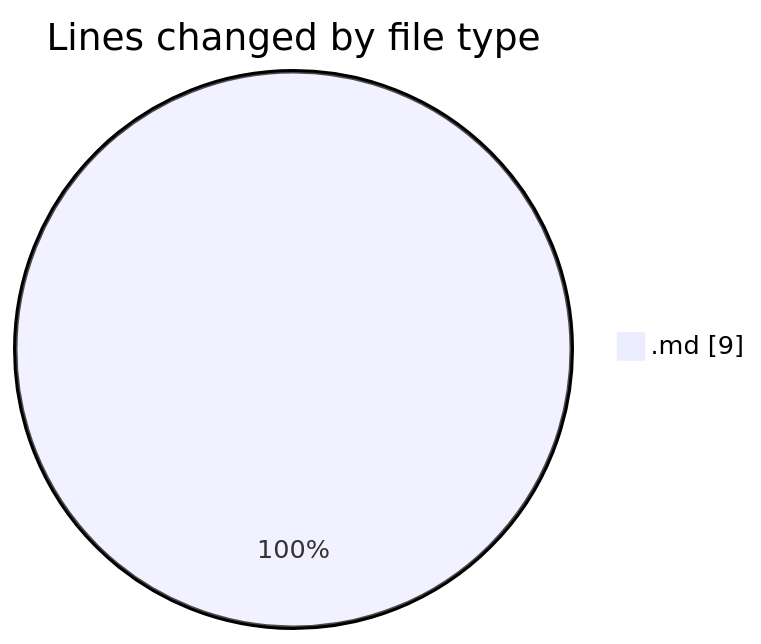
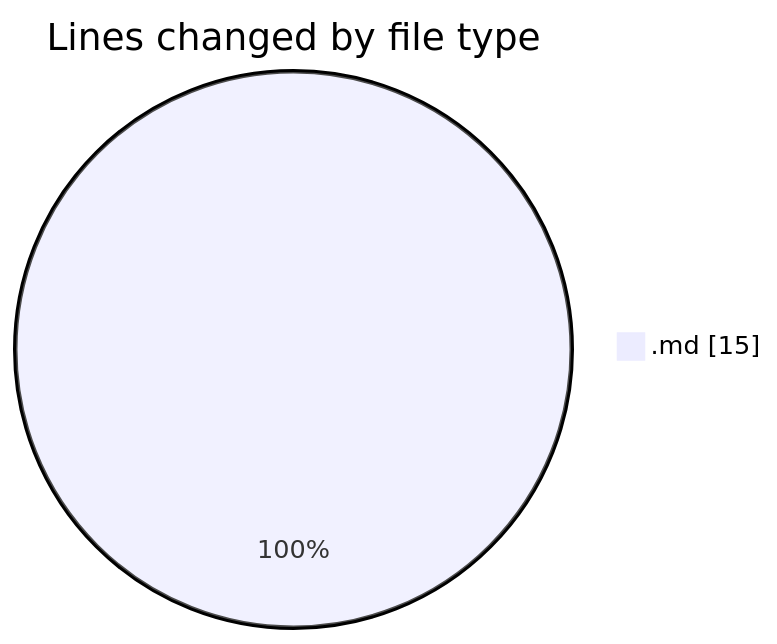
The first of 2 diagrams in 2025-07-14/urlwebwala_intership_work/README.md (Ritupan-Deka/code-tracking), drawn with Mermaid before and after one commit. The commit also changed other lines of this file and 1 other file, not shown here.

````diff
--- a/2025-07-14/urlwebwala_intership_work/README.md
+++ b/2025-07-14/urlwebwala_intership_work/README.md
@@ -20,5 +20,5 @@
 ```mermaid
 pie showData
 title Lines changed by file type
-".md" : 9
+".md" : 15
 ```
````
